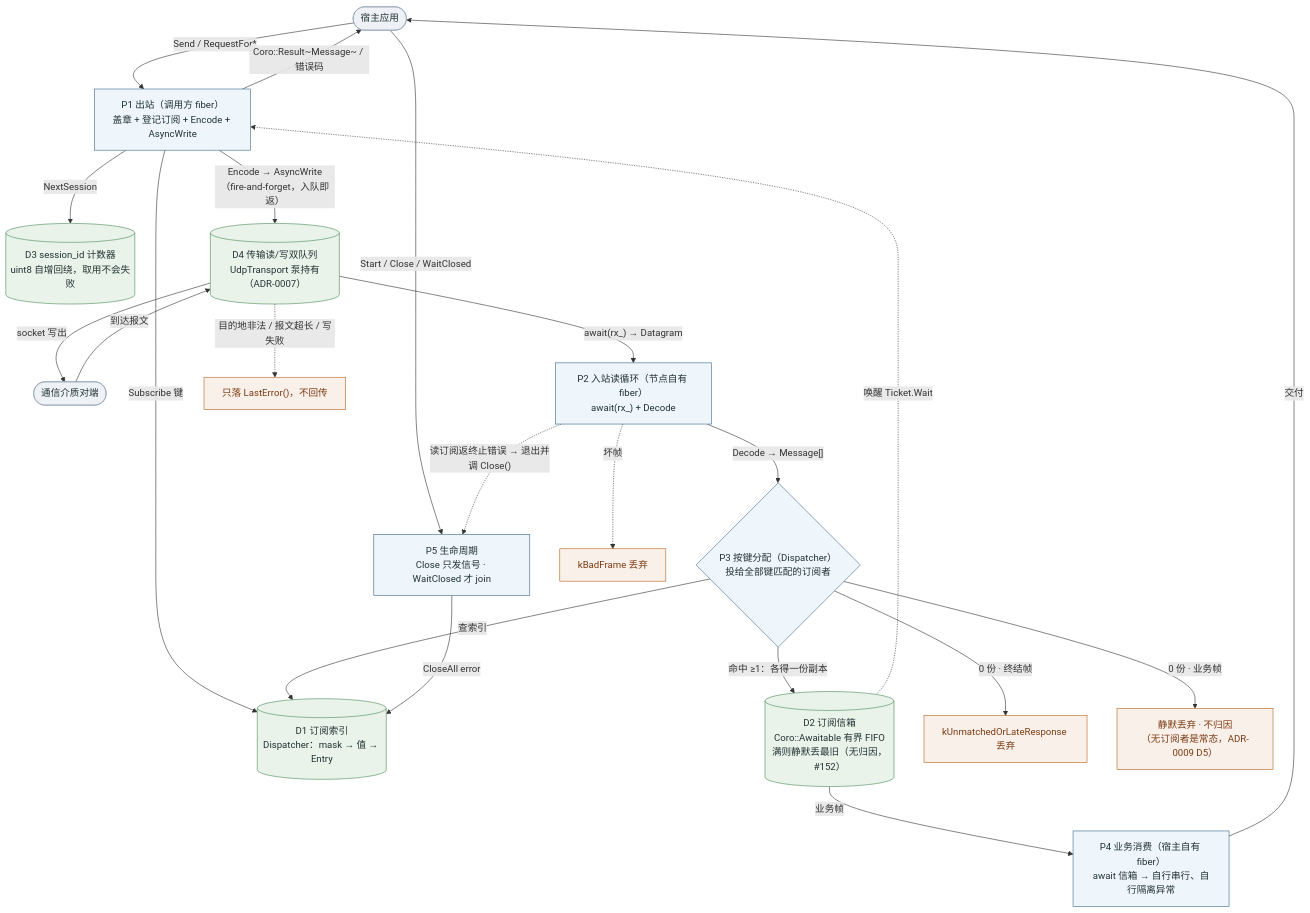
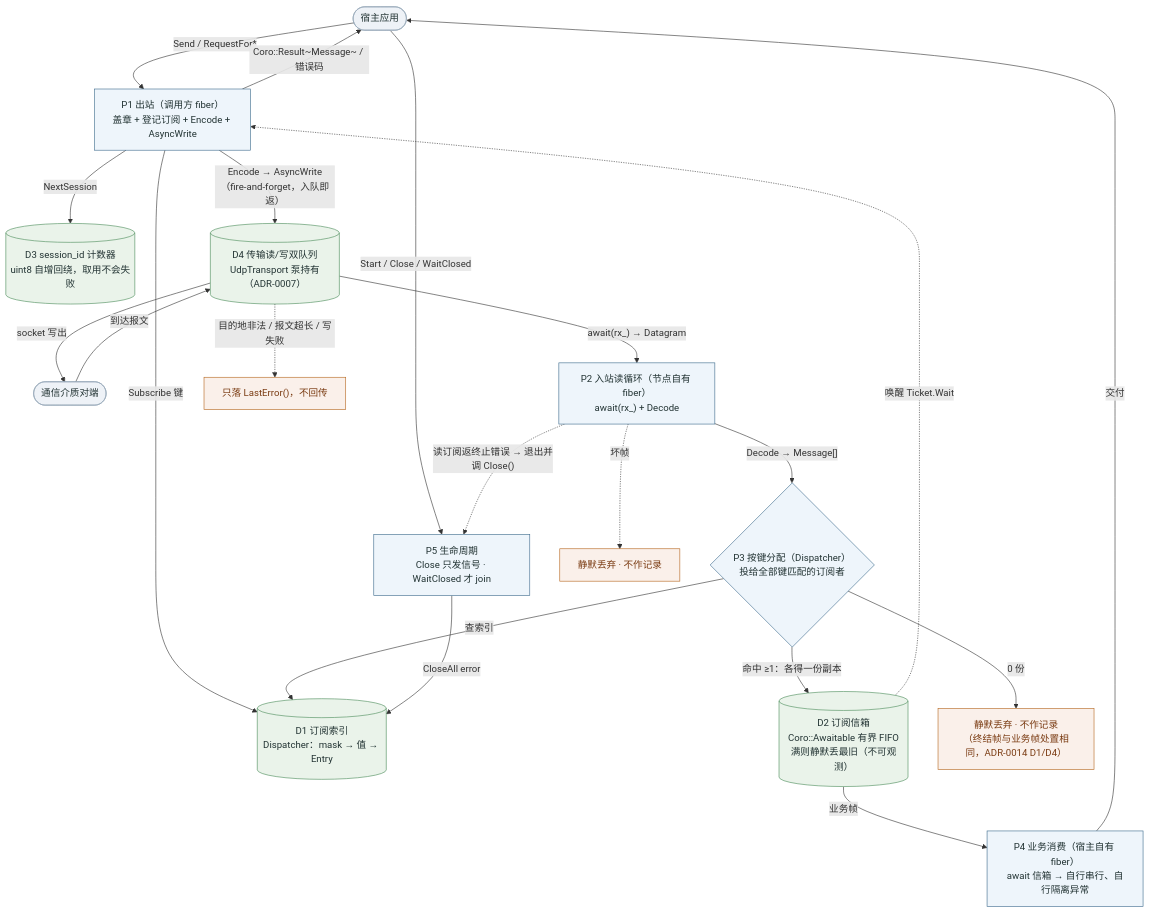
Before and after one commit to Ste7an-cs/Transport: the diagram in docs/diagrams/dfd-toplevel.mmd, drawn with Mermaid. The commit also changed 31 other files, not shown here.

First line of the commit message:
docs+test: 补完 ADR-0014 的收尾——SRS/SDD/CONTEXT/图里的观测面残留一并清除

```diff
--- a/docs/diagrams/dfd-toplevel.mmd
+++ b/docs/diagrams/dfd-toplevel.mmd
@@ -1,49 +1,48 @@
 flowchart TB
     APP([宿主应用])
     MEDIA([通信介质对端])
 
     P1["P1 出站（调用方 fiber）<br/>盖章 + 登记订阅 + Encode + AsyncWrite"]
     P2["P2 入站读循环（节点自有 fiber）<br/>await(rx_) + Decode"]
     P3{"P3 按键分配（Dispatcher）<br/>投给全部键匹配的订阅者"}
     P4["P4 业务消费（宿主自有 fiber）<br/>await 信箱 → 自行串行、自行隔离异常"]
     P5["P5 生命周期<br/>Close 只发信号 · WaitClosed 才 join"]
 
     D1[("D1 订阅索引<br/>Dispatcher：mask → 值 → Entry")]
-    D2[("D2 订阅信箱<br/>Coro::Awaitable 有界 FIFO<br/>满则静默丢最旧（无归因，#152）")]
+    D2[("D2 订阅信箱<br/>Coro::Awaitable 有界 FIFO<br/>满则静默丢最旧（不可观测）")]
     D3[("D3 session_id 计数器<br/>uint8 自增回绕，取用不会失败")]
     D4[("D4 传输读/写双队列<br/>UdpTransport 泵持有（ADR-0007）")]
 
     APP -->|"Send / RequestFor*"| P1
     P1 -->|Subscribe 键| D1
     P1 -->|NextSession| D3
     P1 -->|"Encode → AsyncWrite（fire-and-forget，入队即返）"| D4
     D4 -->|socket 写出| MEDIA
 
     MEDIA -->|到达报文| D4
     D4 -->|"await(rx_) → Datagram"| P2
     P2 -->|"Decode → Message[]"| P3
     P3 -->|查索引| D1
     P3 -->|"命中 ≥1：各得一份副本"| D2
 
     D2 -.->|"唤醒 Ticket.Wait"| P1
     P1 -->|"Coro::Result~Message~ / 错误码"| APP
     D2 -->|业务帧| P4
     P4 -->|交付| APP
 
-    P3 -->|"0 份 · 终结帧"| UM["kUnmatchedOrLateResponse 丢弃"]
-    P3 -->|"0 份 · 业务帧"| SD["静默丢弃 · 不归因<br/>（无订阅者是常态，ADR-0009 D5）"]
-    P2 -.->|坏帧| BF["kBadFrame 丢弃"]
+    P3 -->|"0 份"| SD["静默丢弃 · 不作记录<br/>（终结帧与业务帧处置相同，ADR-0014 D1/D4）"]
+    P2 -.->|坏帧| BF["静默丢弃 · 不作记录"]
     D4 -.->|"目的地非法 / 报文超长 / 写失败"| LE["只落 LastError()，不回传"]
 
     APP -->|Start / Close / WaitClosed| P5
     P5 -->|CloseAll error| D1
     P2 -.->|"读订阅返终止错误 → 退出并调 Close()"| P5
 
     classDef ext fill:#eef2f7,stroke:#93a4b5,color:#233;
     classDef proc fill:#eef5fb,stroke:#3d6a8c,color:#233;
     classDef store fill:#eaf3ea,stroke:#4a8c5a,color:#233;
     classDef dropC fill:#faf0ea,stroke:#b5651d,color:#7a3b12;
     class APP,MEDIA ext;
     class P1,P2,P3,P4,P5 proc;
     class D1,D2,D3,D4 store;
-    class UM,SD,BF,LE dropC;
+    class SD,BF,LE dropC;
```
